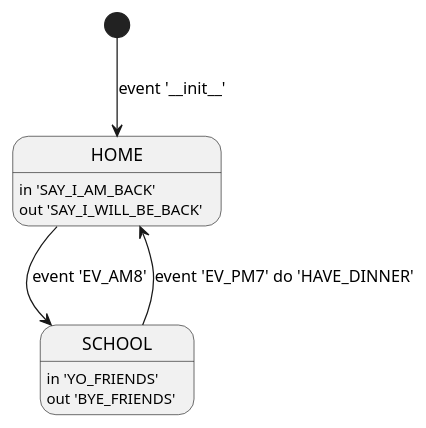
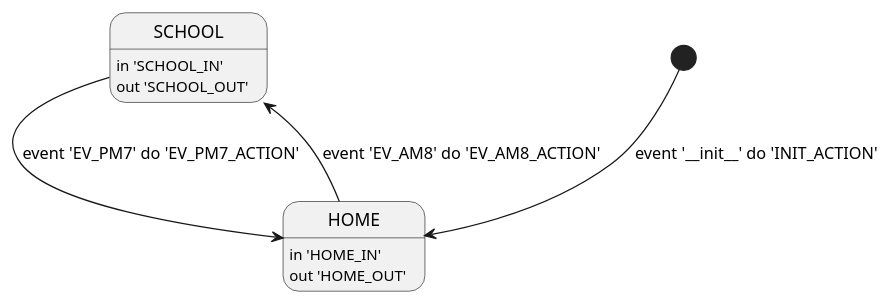
The diagram in README.md (xfsm/xfsm-java), drawn with PlantUML before and after one commit. The commit also changed other lines of this file and 11 other files, not shown here.

````diff
--- a/README.md
+++ b/README.md
@@ -20,15 +36,15 @@
 ```plantuml
 @startuml
+State SCHOOL
+SCHOOL : in 'SCHOOL_IN'
+SCHOOL : out 'SCHOOL_OUT'
+
 State HOME
-HOME : in 'SAY_I_AM_BACK'
-HOME : out 'SAY_I_WILL_BE_BACK'
+HOME : in 'HOME_IN'
+HOME : out 'HOME_OUT'
 
-State SCHOOL
-SCHOOL : in 'YO_FRIENDS'
-SCHOOL : out 'BYE_FRIENDS'
-
-[*] --> HOME : event '__init__'
-HOME --> SCHOOL : event 'EV_AM8'
-SCHOOL --> HOME : event 'EV_PM7' do 'HAVE_DINNER'
+SCHOOL --> HOME : event 'EV_PM7' do 'EV_PM7_ACTION'
+HOME --> SCHOOL : event 'EV_AM8' do 'EV_AM8_ACTION'
+[*] --> HOME : event '__init__' do 'INIT_ACTION'
 @enduml
 ```
````
